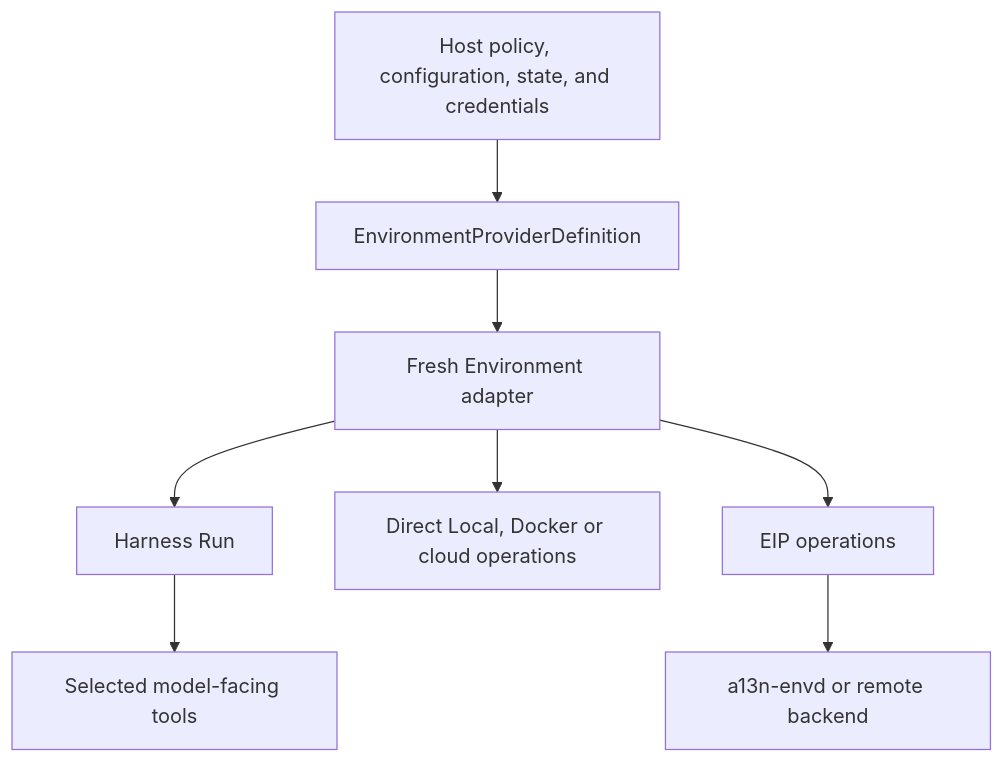
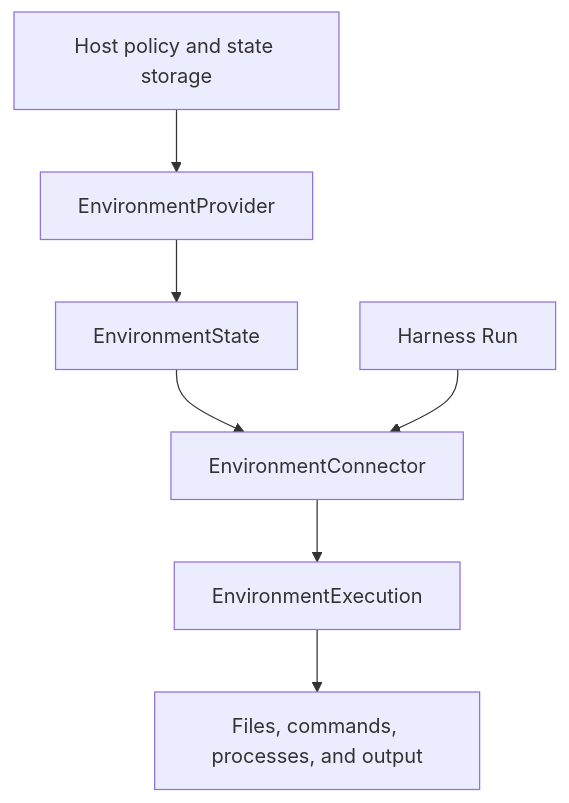
The diagram in docs/environments/index.md (converge-ai-labs/agent-foundation), drawn with Mermaid before and after one commit. The commit also changed other lines of this file and 386 other files, not shown here.

First line of the commit message:
refactor(environment)!: separate management from execution in a standalone library

````diff
--- a/docs/environments/index.md
+++ b/docs/environments/index.md
@@ -57,14 +51,9 @@
 ```mermaid
 flowchart TB
-    Host[Host policy, configuration, state, and credentials] --> Definition[EnvironmentProviderDefinition]
-    Definition --> Environment[Fresh Environment adapter]
-    Environment --> Harness[Harness Run]
-    Harness --> Tools[Selected model-facing tools]
-    Environment --> Direct[Direct Local, Docker or cloud operations]
-    Environment --> EIP[EIP operations]
-    EIP --> Envd[a13n-envd or remote backend]
-
-    class Host app
-    class Definition,Environment,Harness,Envd a13n
-    class Direct ext
+    Host[Host policy and state storage] --> Management[EnvironmentProvider]
+    Management --> State[EnvironmentState]
+    State --> Connector[EnvironmentConnector]
+    Connector --> Execution[EnvironmentExecution]
+    Execution --> Operations[Files, commands, processes, and output]
+    Harness[Harness Run] --> Connector
 ```
````
